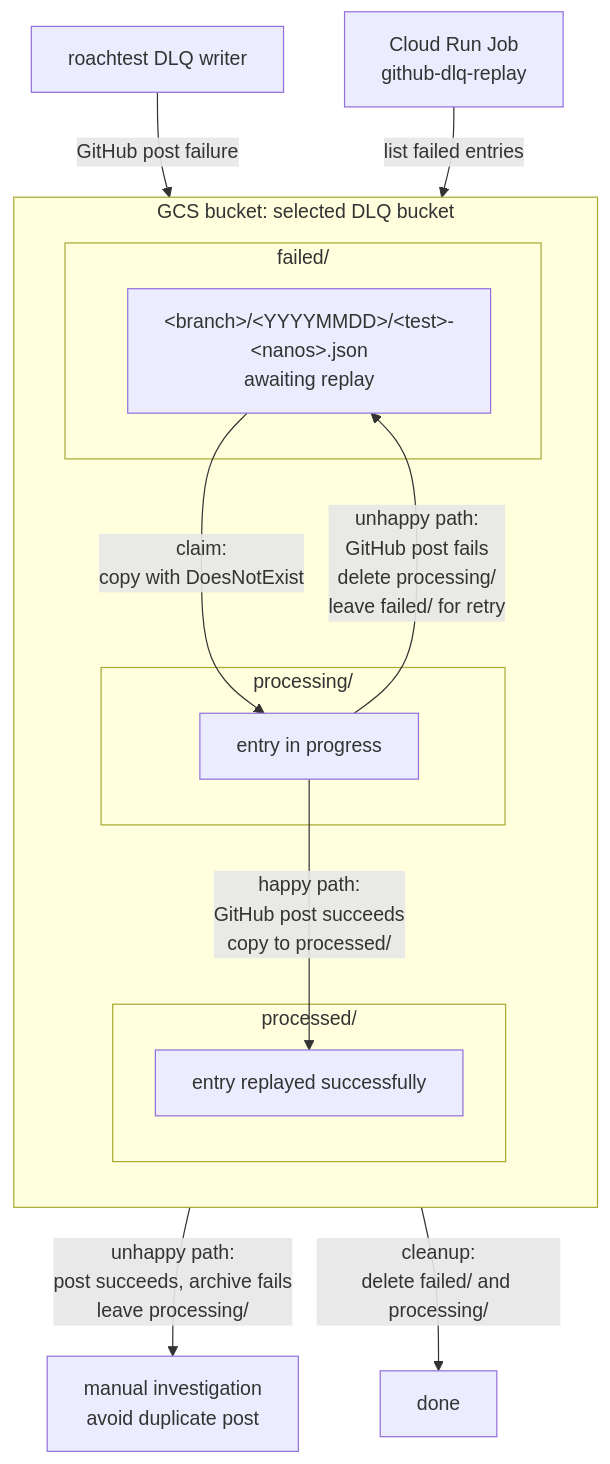
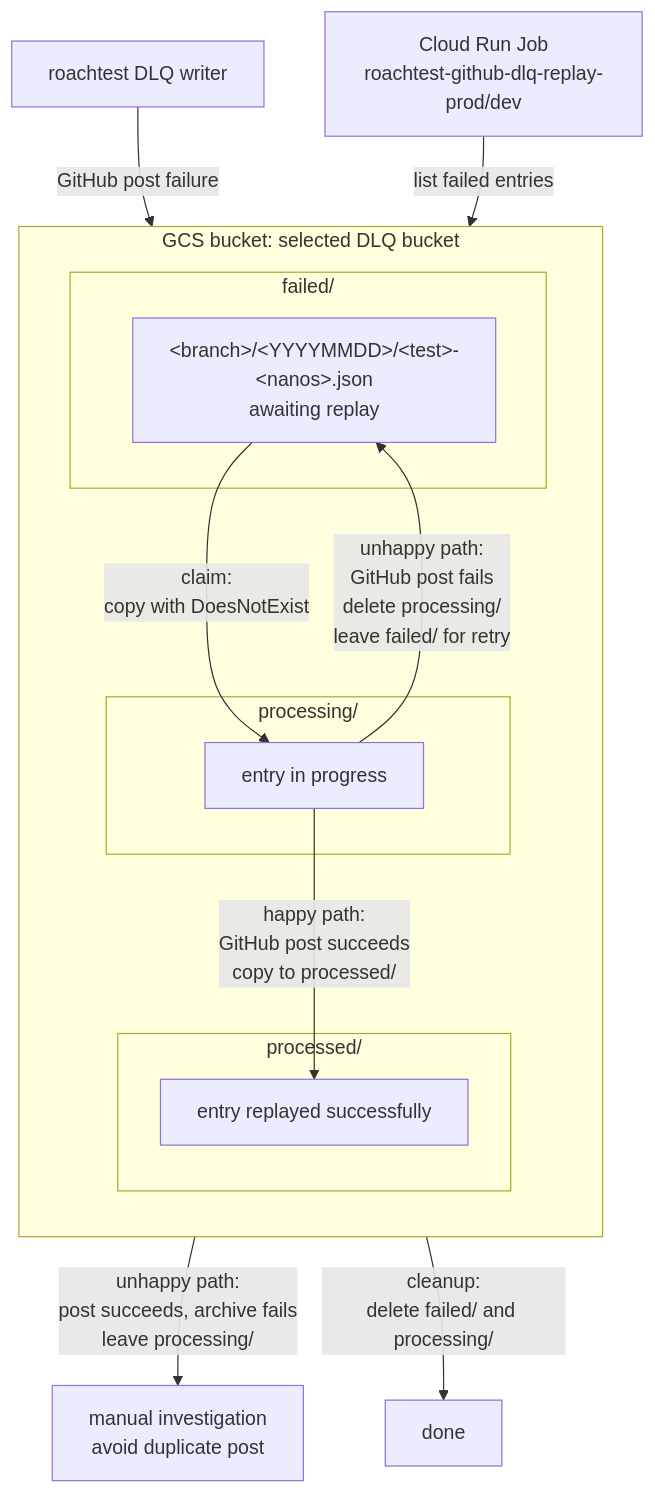
The diagram in pkg/cmd/roachtest/dlq/README.md (cockroachdb/cockroach), drawn with Mermaid before and after one commit. The commit also changed other lines of this file and 2 other files, not shown here.

Commit message:
roachtest: document DLQ dev replay workflow

````diff
--- a/pkg/cmd/roachtest/dlq/README.md
+++ b/pkg/cmd/roachtest/dlq/README.md
@@ -54,34 +50,34 @@
 ```mermaid
 %%{init: {"themeVariables": {"fontSize": "16px"}} }%%
 flowchart TB
   Writer["roachtest DLQ writer"]
-  Replay["Cloud Run Job<br/>github-dlq-replay"]
+  Replay["Cloud Run Job<br/>roachtest-github-dlq-replay-prod/dev"]
   Done["done"]
   Investigate["manual investigation<br/>avoid duplicate post"]
 
   subgraph Bucket["GCS bucket: selected DLQ bucket"]
     direction TB
 
     subgraph FailedPrefix["failed/"]
       Failed["&lt;branch&gt;/&lt;YYYYMMDD&gt;/&lt;test&gt;-&lt;nanos&gt;.json<br/>awaiting replay"]
     end
 
     subgraph ProcessingPrefix["processing/"]
       Processing["entry in progress"]
     end
 
     subgraph ProcessedPrefix["processed/"]
       Processed["entry replayed successfully"]
     end
   end
 
   Writer -->|"GitHub post failure"| Failed
 
   Replay -->|"list failed entries"| Failed
   Failed -->|"claim:<br/>copy with DoesNotExist"| Processing
 
   Processing -->|"unhappy path:<br/>GitHub post fails<br/>delete processing/<br/>leave failed/ for retry"| Failed
   Processing -->|"happy path:<br/>GitHub post succeeds<br/>copy to processed/"| Processed
   Processing -->|"unhappy path:<br/>post succeeds, archive fails<br/>leave processing/"| Investigate
   Processed -->|"cleanup:<br/>delete failed/ and processing/"| Done
 ```
````
